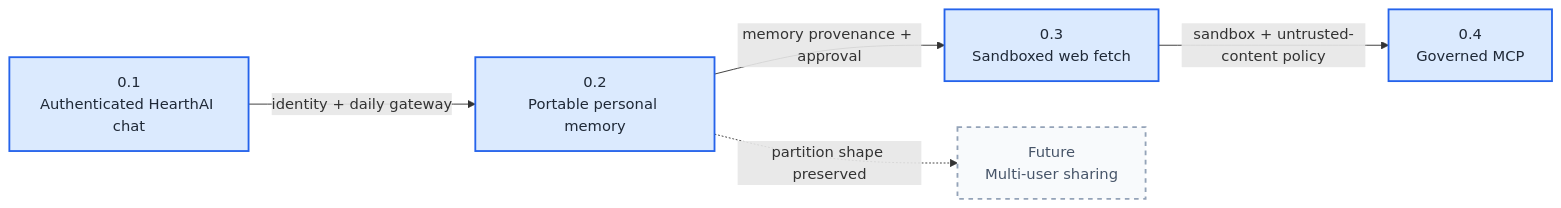
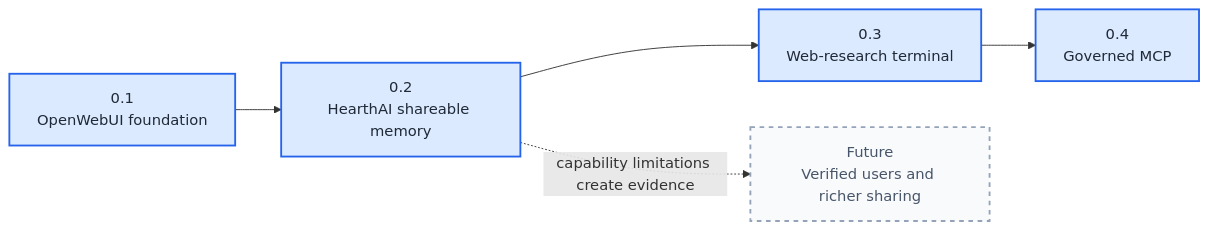
Before and after one commit to jokajak/hearthai: the second of 6 diagrams in docs/ARCHITECTURE.md, drawn with Mermaid. The commit also changed other lines of this file and 5 other files, not shown here.

Commit message:
Refine HearthAI capability roadmap

````diff
--- a/docs/ARCHITECTURE.md
+++ b/docs/ARCHITECTURE.md
@@ -166,18 +130,16 @@
 ```mermaid
 flowchart LR
-    V01["0.1<br/>Authenticated HearthAI chat"]
-    V02["0.2<br/>Portable personal memory"]
-    V03["0.3<br/>Sandboxed web fetch"]
+    V01["0.1<br/>OpenWebUI foundation"]
+    V02["0.2<br/>HearthAI shareable memory"]
+    V03["0.3<br/>Web-research terminal"]
     V04["0.4<br/>Governed MCP"]
-    FUTURE["Future<br/>Multi-user sharing"]
+    FUTURE["Future<br/>Verified users and richer sharing"]
 
-    V01 -->|identity + daily gateway| V02
-    V02 -->|memory provenance + approval| V03
-    V03 -->|sandbox + untrusted-content policy| V04
-    V02 -. "partition shape preserved" .-> FUTURE
+    V01 --> V02 --> V03 --> V04
+    V02 -. "capability limitations create evidence" .-> FUTURE
 
     classDef planned fill:#dbeafe,stroke:#2563eb,stroke-width:2px,color:#1f2937
     classDef deferred fill:#f8fafc,stroke:#94a3b8,stroke-width:2px,stroke-dasharray:5 5,color:#475569
     class V01,V02,V03,V04 planned
     class FUTURE deferred
 ```
````
